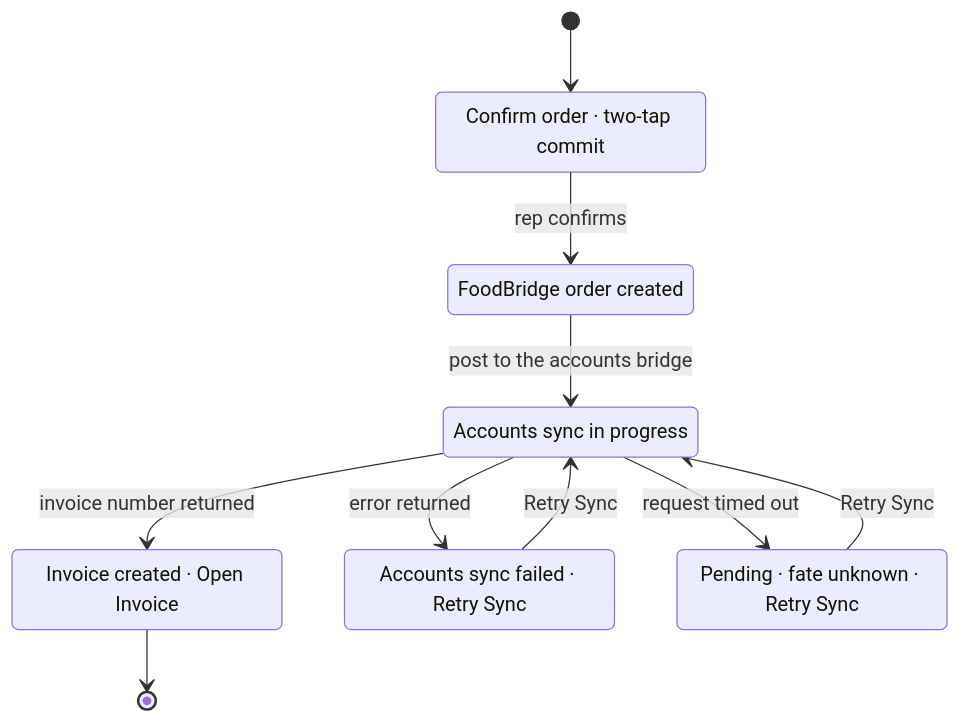
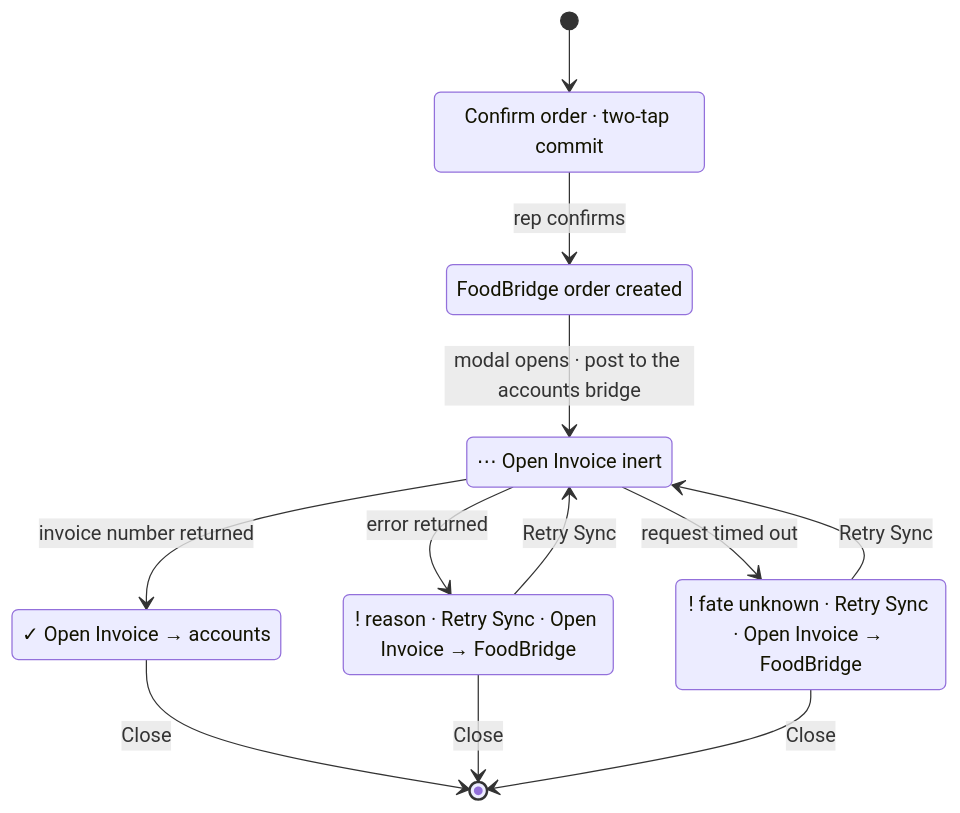
Before and after one commit to nishant-devekar/foodbridge-mock-platform: the third of 4 diagrams in v4/UX-FLOW.md, drawn with Mermaid. The commit also changed other lines of this file and 5 other files, not shown here.

````diff
--- a/v4/UX-FLOW.md
+++ b/v4/UX-FLOW.md
@@ -448,18 +545,20 @@
 ```mermaid
 stateDiagram-v2
     [*] --> confirming
     confirming: Confirm order · two-tap commit
     confirming --> fb: rep confirms
     fb: FoodBridge order created
-    fb --> syncing: post to the accounts bridge
-    syncing: Accounts sync in progress
+    fb --> syncing: modal opens · post to the accounts bridge
+    syncing: ⋯ Open Invoice inert
     syncing --> invoice: invoice number returned
     syncing --> failed: error returned
     syncing --> pending: request timed out
-    invoice: Invoice created · Open Invoice
-    failed: Accounts sync failed · Retry Sync
-    pending: Pending · fate unknown · Retry Sync
+    invoice: ✓ Open Invoice → accounts
+    failed: ! reason · Retry Sync · Open Invoice → FoodBridge
+    pending: ! fate unknown · Retry Sync · Open Invoice → FoodBridge
     failed --> syncing: Retry Sync
     pending --> syncing: Retry Sync
-    invoice --> [*]
+    invoice --> [*]: Close
+    failed --> [*]: Close
+    pending --> [*]: Close
 ```
````
